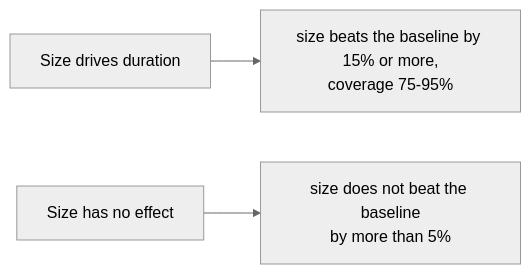
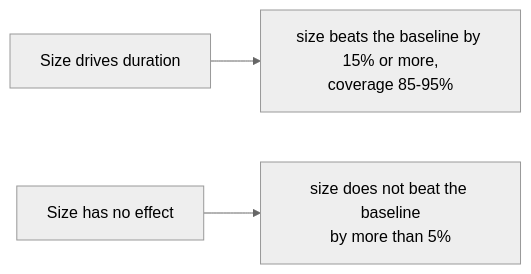
One commit to Nachox07/cc-estimate changed the fourth of 5 diagrams in docs/how-it-works.md. Above: the diagram before and after it, drawn with Mermaid (neutral theme). The commit also changed other lines of this file and 1 other file, not shown here.

Commit message:
test: pin size coverage at 85-95% and at 80% once tied durations are broken; explain why

````diff
--- a/docs/how-it-works.md
+++ b/docs/how-it-works.md
@@ -157,5 +165,5 @@
 ```mermaid
 flowchart LR
-  W1["Size drives duration"] --> P1["size beats the baseline by 15% or more,<br/>coverage 75-95%"]
+  W1["Size drives duration"] --> P1["size beats the baseline by 15% or more,<br/>coverage 85-95%"]
   W0["Size has no effect"] --> P0["size does not beat the baseline<br/>by more than 5%"]
 ```
````
